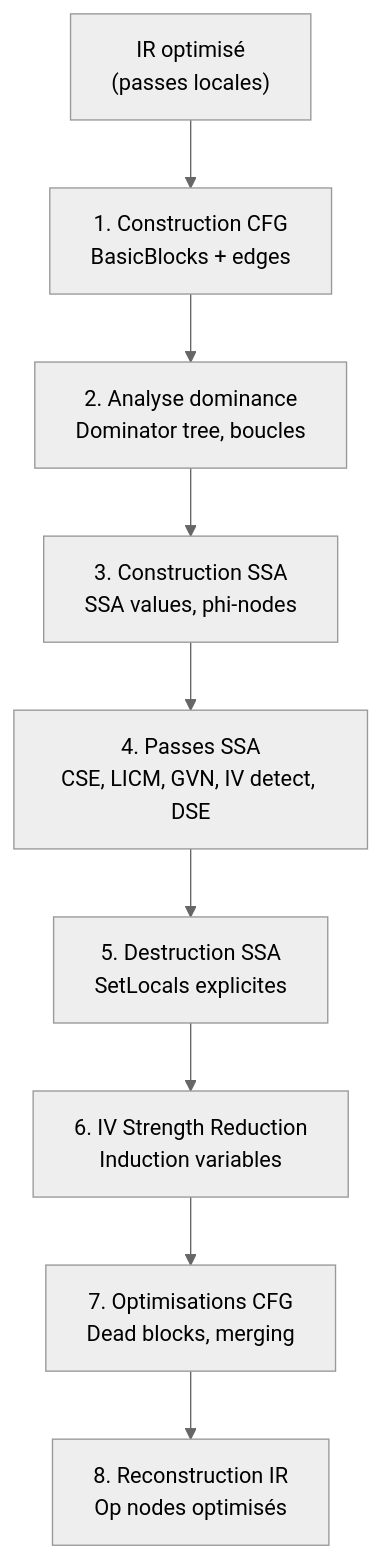
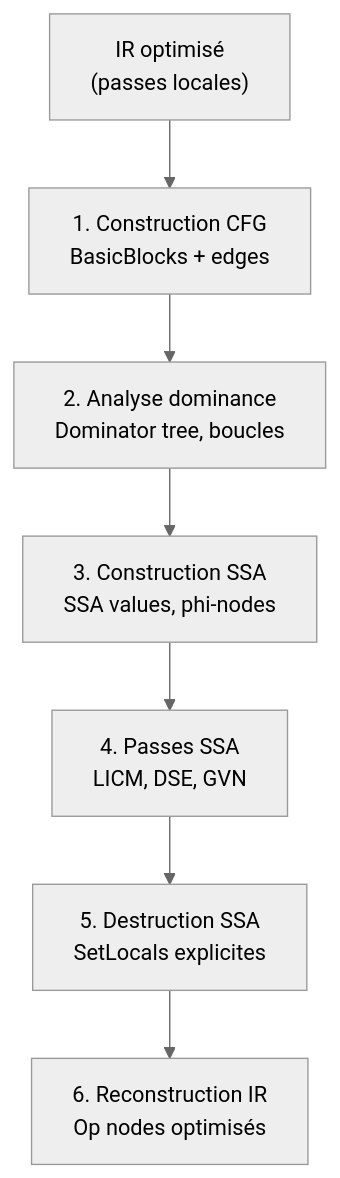
Before and after one commit to aristofor/catnip: the second of 4 diagrams in docs/dev/ARCHITECTURE.md, drawn with Mermaid (neutral theme). The commit also changed other lines of this file and 406 other files, not shown here.

````diff
--- a/docs/dev/ARCHITECTURE.md
+++ b/docs/dev/ARCHITECTURE.md
@@ -132,12 +141,10 @@
 ```mermaid
 flowchart TD
     IR["IR optimisé<br/>(passes locales)"]
     IR --> CFG["1. Construction CFG<br/>BasicBlocks + edges"]
     CFG --> DOM["2. Analyse dominance<br/>Dominator tree, boucles"]
     DOM --> SSA["3. Construction SSA<br/>SSA values, phi-nodes"]
-    SSA --> PASSES["4. Passes SSA<br/>CSE, LICM, GVN, IV detect, DSE"]
+    SSA --> PASSES["4. Passes SSA<br/>LICM, DSE, GVN"]
     PASSES --> DESTR["5. Destruction SSA<br/>SetLocals explicites"]
-    DESTR --> IVSR["6. IV Strength Reduction<br/>Induction variables"]
-    IVSR --> OPT["7. Optimisations CFG<br/>Dead blocks, merging"]
-    OPT --> RECON["8. Reconstruction IR<br/>Op nodes optimisés"]
+    DESTR --> RECON["6. Reconstruction IR<br/>Op nodes optimisés"]
 ```
````
